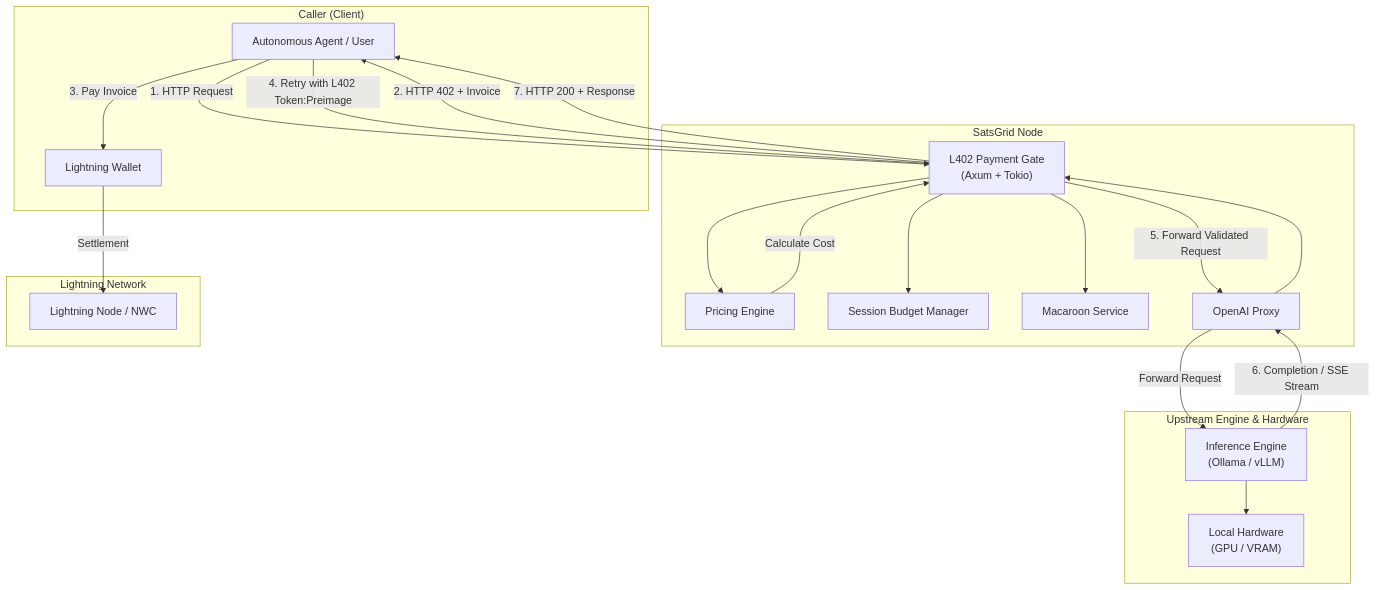
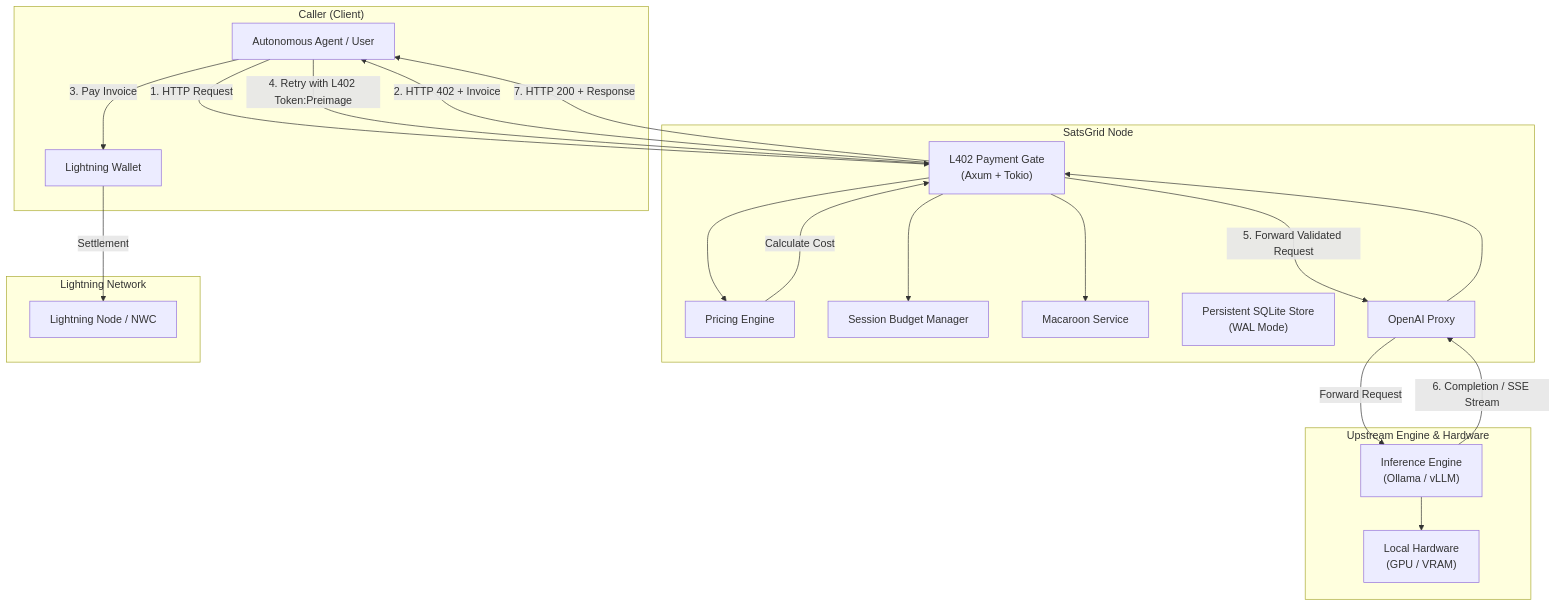
The first of 3 diagrams in docs/architecture.md (Ugarba202/satsgrid), drawn with Mermaid before and after one commit. The commit also changed other lines of this file and 8 other files, not shown here.

````diff
--- a/docs/architecture.md
+++ b/docs/architecture.md
@@ -12,40 +12,41 @@
 ```mermaid
 flowchart TB
     subgraph Caller["Caller (Client)"]
         Client[Autonomous Agent / User]
         Wallet[Lightning Wallet]
     end
 
     subgraph Node["SatsGrid Node"]
         Gate["L402 Payment Gate<br/>(Axum + Tokio)"]
         Pricing["Pricing Engine"]
         BudgetMgr["Session Budget Manager"]
         MacaroonSvc["Macaroon Service"]
+        Storage["Persistent SQLite Store<br/>(WAL Mode)"]
         Proxy["OpenAI Proxy"]
     end
 
     subgraph Upstream["Upstream Engine & Hardware"]
         Engine["Inference Engine<br/>(Ollama / vLLM)"]
         GPU["Local Hardware<br/>(GPU / VRAM)"]
     end
 
     subgraph LN["Lightning Network"]
         LND["Lightning Node / NWC"]
     end
 
     Client -->|1. HTTP Request| Gate
     Gate --> Pricing
     Pricing -->|Calculate Cost| Gate
     Gate -->|2. HTTP 402 + Invoice| Client
     Client -->|3. Pay Invoice| Wallet
     Wallet -->|Settlement| LND
     Client -->|4. Retry with L402 Token:Preimage| Gate
     Gate --> MacaroonSvc
     Gate --> BudgetMgr
     Gate -->|5. Forward Validated Request| Proxy
     Proxy -->|Forward Request| Engine
     Engine --> GPU
     Engine -->|6. Completion / SSE Stream| Proxy
     Proxy --> Gate
     Gate -->|7. HTTP 200 + Response| Client
 ```
````
